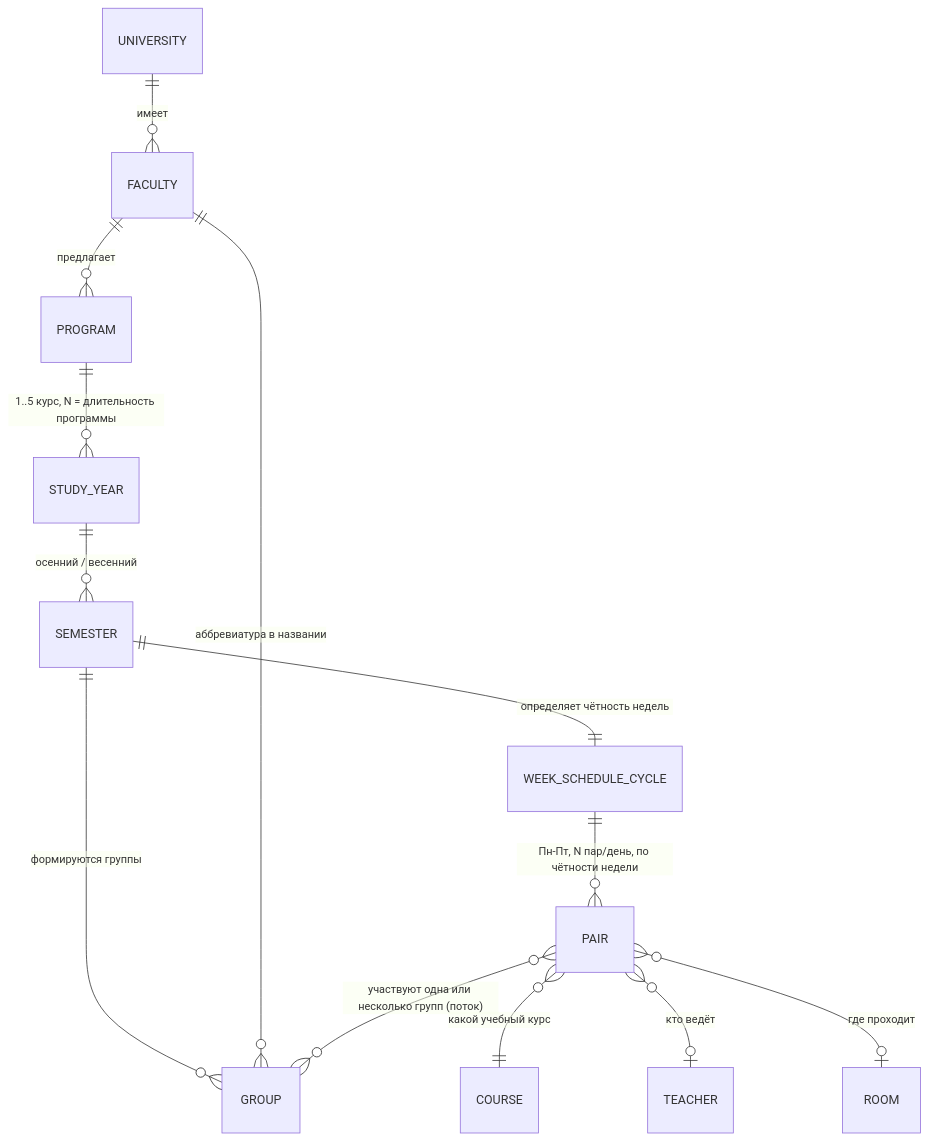
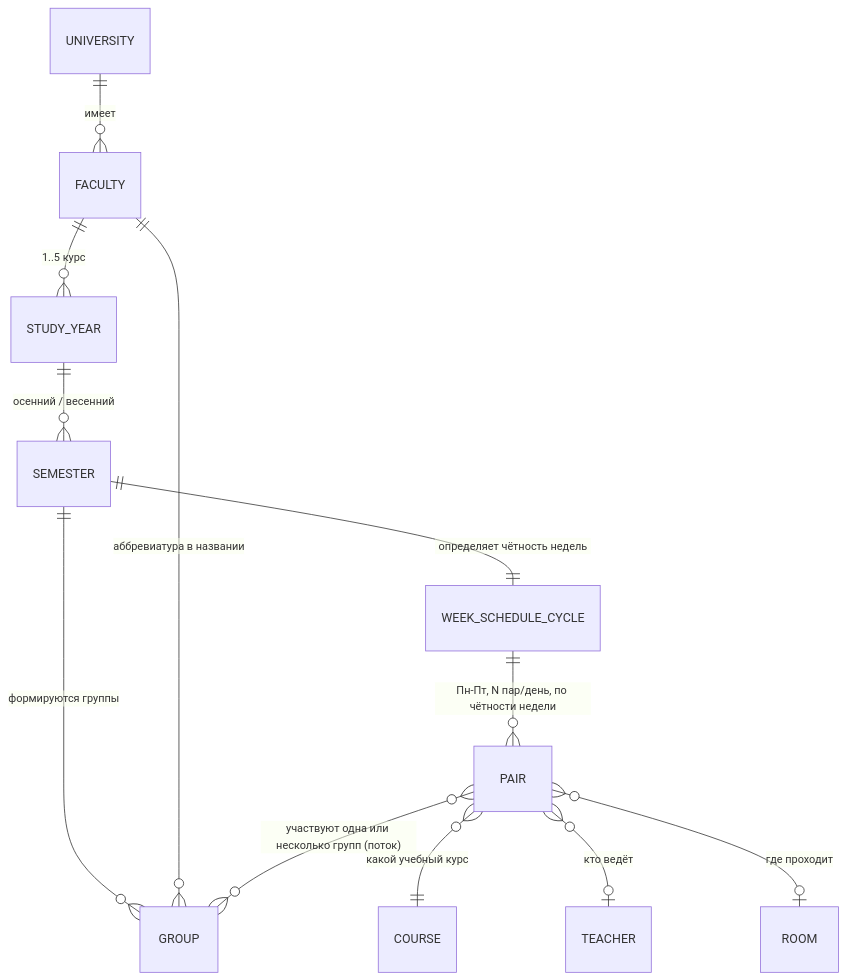
One commit to coungard/univer changed the second of 4 diagrams in TARGET.md. Above: the diagram before and after it, drawn with Mermaid. The commit also changed other lines of this file and 39 other files, not shown here.

````diff
--- a/TARGET.md
+++ b/TARGET.md
@@ -68,15 +67,14 @@
 ```mermaid
 erDiagram
     UNIVERSITY ||--o{ FACULTY : "имеет"
-    FACULTY ||--o{ PROGRAM : "предлагает"
-    PROGRAM ||--o{ STUDY_YEAR : "1..5 курс, N = длительность программы"
+    FACULTY ||--o{ STUDY_YEAR : "1..5 курс"
     STUDY_YEAR ||--o{ SEMESTER : "осенний / весенний"
     SEMESTER ||--o{ GROUP : "формируются группы"
     FACULTY ||--o{ GROUP : "аббревиатура в названии"
     SEMESTER ||--|| WEEK_SCHEDULE_CYCLE : "определяет чётность недель"
     WEEK_SCHEDULE_CYCLE ||--o{ PAIR : "Пн-Пт, N пар/день, по чётности недели"
     PAIR }o--o{ GROUP : "участвуют одна или несколько групп (поток)"
     PAIR }o--|| COURSE : "какой учебный курс"
     PAIR }o--o| TEACHER : "кто ведёт"
     PAIR }o--o| ROOM : "где проходит"
 ```
````
